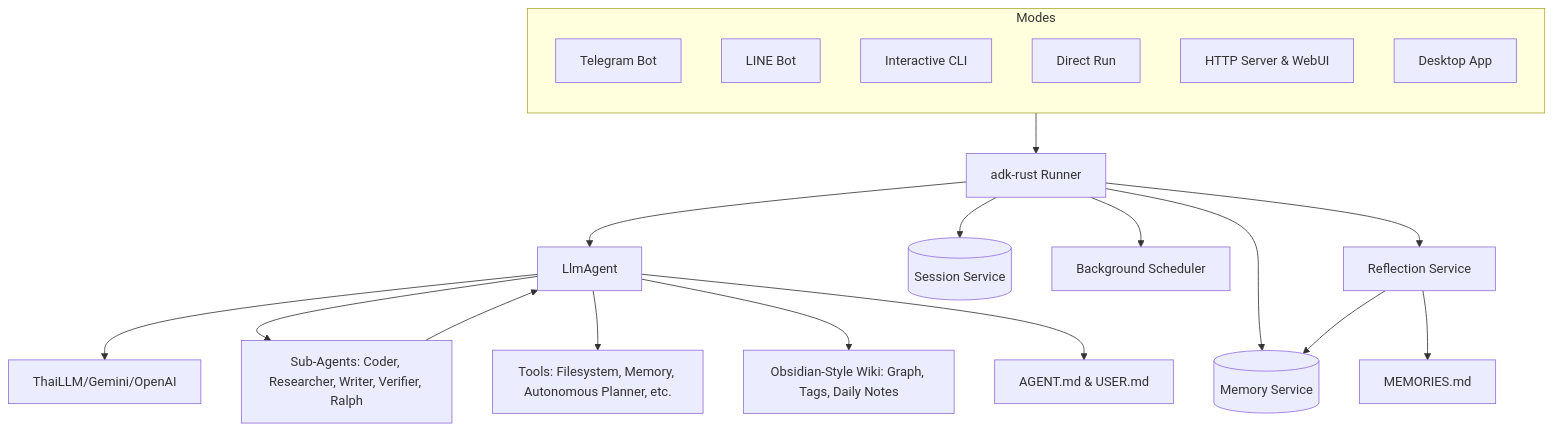
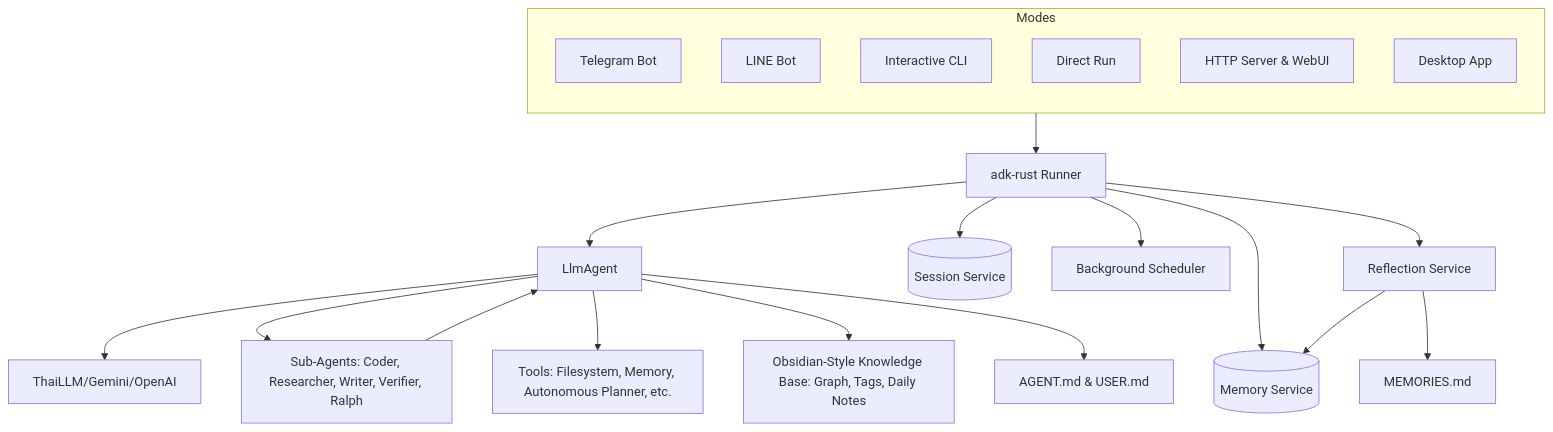
The diagram in README.md (anoochit/nami-core), drawn with Mermaid before and after one commit. The commit also changed other lines of this file and 28 other files, not shown here.

````diff
--- a/README.md
+++ b/README.md
@@ -185,31 +185,31 @@
 ```mermaid
 graph TD
     subgraph EntryPoints [Modes]
         direction TB
         Bot[Telegram Bot]
         Line[LINE Bot]
         CLI[Interactive CLI]
         Run[Direct Run]
         Server[HTTP Server & WebUI]
         Desktop[Desktop App]
     end
 
     EntryPoints --> Runner[adk-rust Runner]
     
     Runner --> Agent[LlmAgent]
     Runner --> DB[(Session Service)]
     Runner --> Memory[(Memory Service)]
     Runner --> Scheduler[Background Scheduler]
     Runner --> Reflection[Reflection Service]
     
     Agent --> LLM[ThaiLLM/Gemini/OpenAI]
     Agent --> SubAgents[Sub-Agents: Coder, Researcher, Writer, Verifier, Ralph]
     Agent --> Tools[Tools: Filesystem, Memory, Autonomous Planner, etc.]
-    Agent --> Wiki[Obsidian-Style Wiki: Graph, Tags, Daily Notes]
+    Agent --> Wiki[Obsidian-Style Knowledge Base: Graph, Tags, Daily Notes]
     Agent --> Persona[AGENT.md & USER.md]
 
     Reflection --> Memory
     Reflection --> UserMemory["MEMORIES.md"]
     
     SubAgents --> Agent
 ```
````
